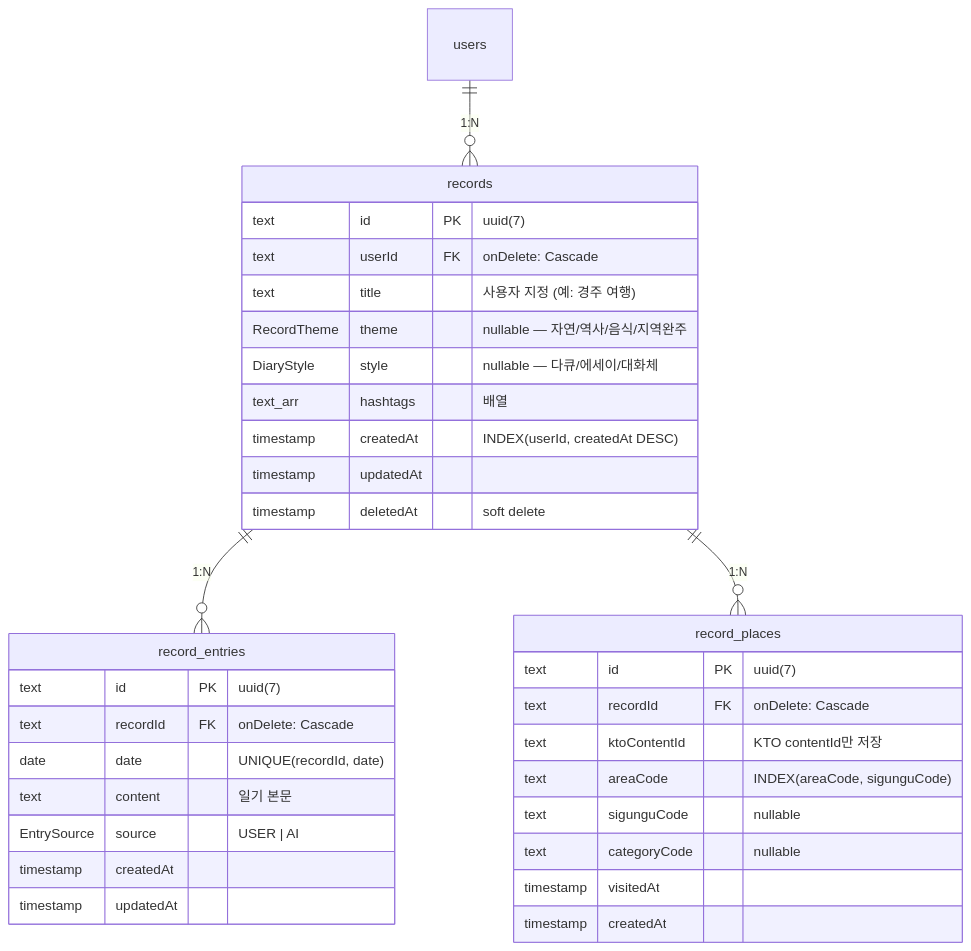
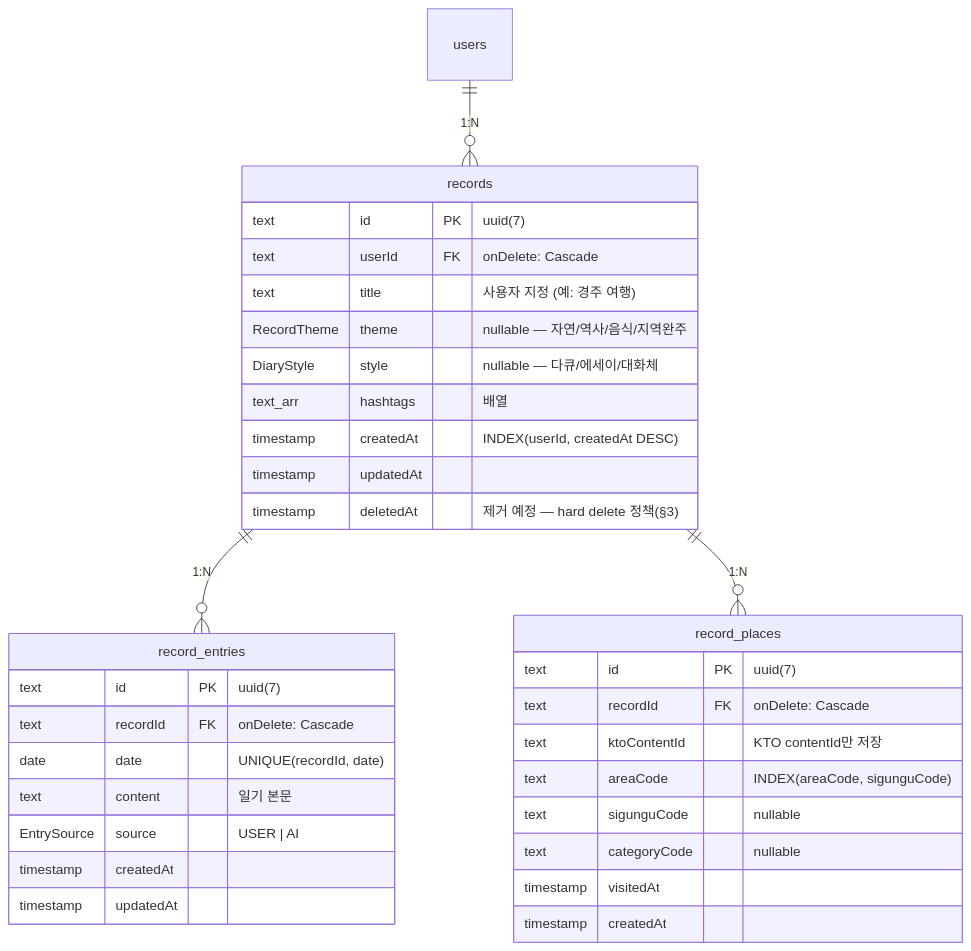
Before and after one commit to Remember-In/Tripic: the third of 3 diagrams in docs/10-auth-db-design.md, drawn with Mermaid. The commit also changed other lines of this file and 10 other files, not shown here.

````diff
--- a/docs/10-auth-db-design.md
+++ b/docs/10-auth-db-design.md
@@ -124,39 +129,39 @@
 ```mermaid
 erDiagram
     users ||--o{ records : "1:N"
     records ||--o{ record_entries : "1:N"
     records ||--o{ record_places : "1:N"
 
     records {
         text id PK "uuid(7)"
         text userId FK "onDelete: Cascade"
         text title "사용자 지정 (예: 경주 여행)"
         RecordTheme theme "nullable — 자연/역사/음식/지역완주"
         DiaryStyle style "nullable — 다큐/에세이/대화체"
         text_arr hashtags "배열"
         timestamp createdAt "INDEX(userId, createdAt DESC)"
         timestamp updatedAt
-        timestamp deletedAt "soft delete"
+        timestamp deletedAt "제거 예정 — hard delete 정책(§3)"
     }
 
     record_entries {
         text id PK "uuid(7)"
         text recordId FK "onDelete: Cascade"
         date date "UNIQUE(recordId, date)"
         text content "일기 본문"
         EntrySource source "USER | AI"
         timestamp createdAt
         timestamp updatedAt
     }
 
     record_places {
         text id PK "uuid(7)"
         text recordId FK "onDelete: Cascade"
         text ktoContentId "KTO contentId만 저장"
         text areaCode "INDEX(areaCode, sigunguCode)"
         text sigunguCode "nullable"
         text categoryCode "nullable"
         timestamp visitedAt
         timestamp createdAt
     }
 ```
````
